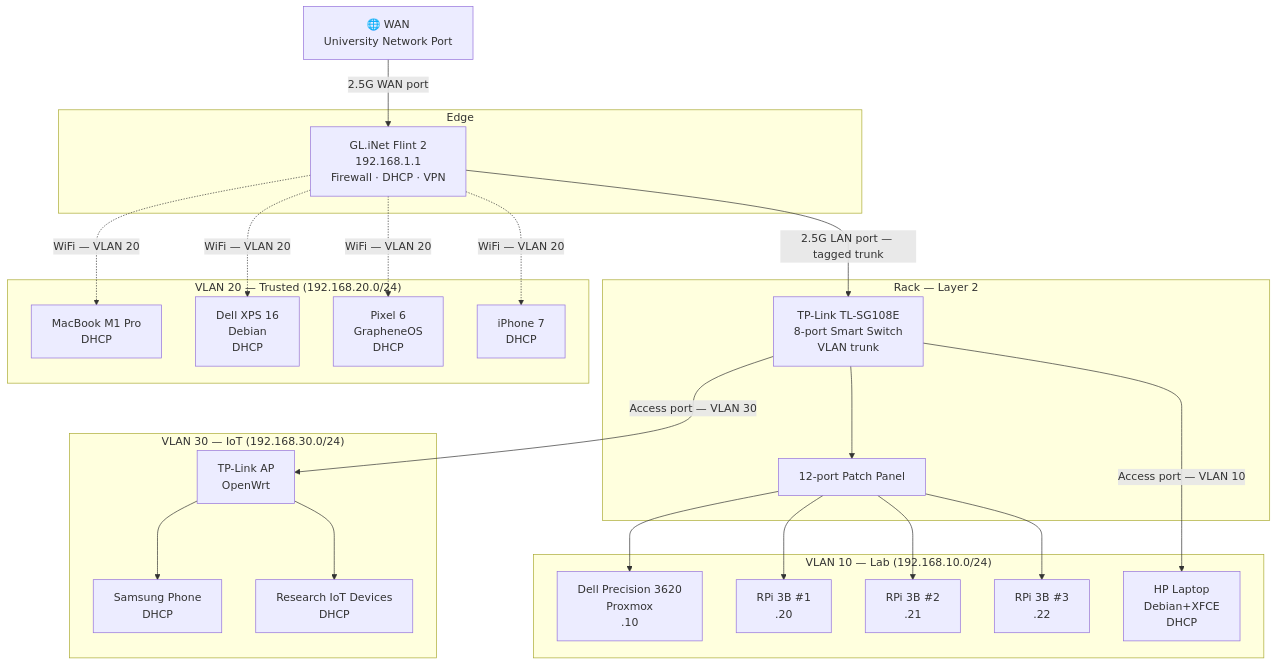
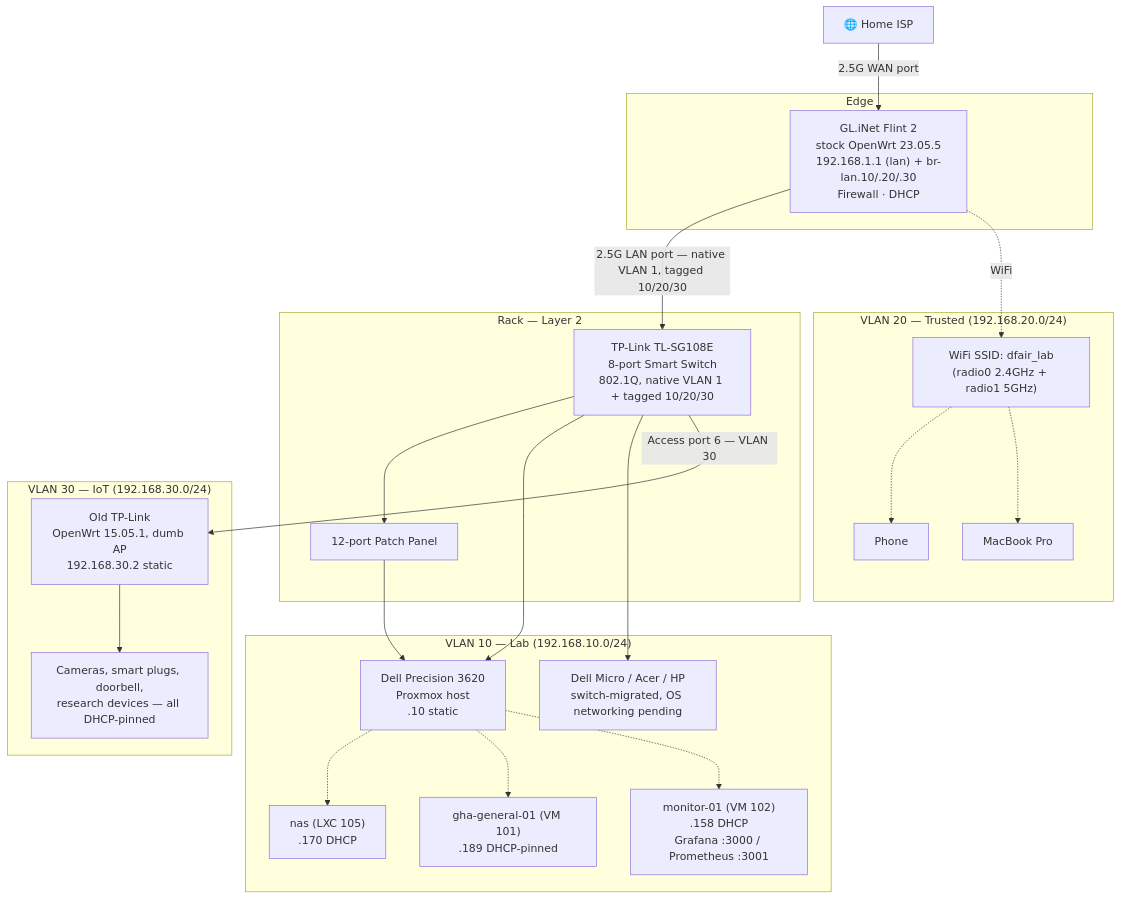
One commit to sethbarrett50/home_lab_docs changed the diagram in docs/networking/README.md. Above: the diagram before and after it, drawn with Mermaid. The commit also changed other lines of this file and 3 other files, not shown here.

Commit message:
docs: full sync to real hardware/state - topology diagrams, IP tables, WiFi, static reservations

````diff
--- a/docs/networking/README.md
+++ b/docs/networking/README.md
@@ -19,50 +19,47 @@
 ```mermaid
 graph TD
-    WAN[🌐 WAN\nUniversity Network Port]
+    WAN[🌐 Home ISP]
 
     subgraph Edge
-        Router["GL.iNet Flint 2\n192.168.1.1\nFirewall · DHCP · VPN"]
+        Router["GL.iNet Flint 2\nstock OpenWrt 23.05.5\n192.168.1.1 (lan) + br-lan.10/.20/.30\nFirewall · DHCP"]
     end
 
     subgraph "Rack — Layer 2"
-        Switch["TP-Link TL-SG108E\n8-port Smart Switch\nVLAN trunk"]
+        Switch["TP-Link TL-SG108E\n8-port Smart Switch\n802.1Q, native VLAN 1 + tagged 10/20/30"]
         Patch["12-port Patch Panel"]
     end
 
     subgraph "VLAN 10 — Lab (192.168.10.0/24)"
-        PVE["Dell Precision 3620\nProxmox\n.10"]
-        RPI1["RPi 3B #1\n.20"]
-        RPI2["RPi 3B #2\n.21"]
-        RPI3["RPi 3B #3\n.22"]
-        HPLAP["HP Laptop\nDebian+XFCE\nDHCP"]
+        PVE["Dell Precision 3620\nProxmox host\n.10 static"]
+        NAS["nas (LXC 105)\n.170 DHCP"]
+        GHA["gha-general-01 (VM 101)\n.189 DHCP-pinned"]
+        MON["monitor-01 (VM 102)\n.158 DHCP\nGrafana :3000 / Prometheus :3001"]
+        DEBIAN["Dell Micro / Acer / HP\nswitch-migrated, OS networking pending"]
     end
 
     subgraph "VLAN 20 — Trusted (192.168.20.0/24)"
-        MBP["MacBook M1 Pro\nDHCP"]
-        XPS["Dell XPS 16\nDebian\nDHCP"]
-        PX6["Pixel 6\nGrapheneOS\nDHCP"]
-        IP7["iPhone 7\nDHCP"]
+        SSID["WiFi SSID: dfair_lab\n(radio0 2.4GHz + radio1 5GHz)"]
+        PHONE["Phone"]
+        MBP["MacBook Pro"]
     end
 
     subgraph "VLAN 30 — IoT (192.168.30.0/24)"
-        IoTAP["TP-Link AP\nOpenWrt"]
-        SAM["Samsung Phone\nDHCP"]
-        IOTDEV["Research IoT Devices\nDHCP"]
+        IoTAP["Old TP-Link\nOpenWrt 15.05.1, dumb AP\n192.168.30.2 static"]
+        IOTDEV["Cameras, smart plugs, doorbell,\nresearch devices — all DHCP-pinned"]
     end
 
     WAN -->|"2.5G WAN port"| Router
-    Router -->|"2.5G LAN port — tagged trunk"| Switch
+    Router -->|"2.5G LAN port — native VLAN 1, tagged 10/20/30"| Switch
     Switch --> Patch
     Patch --> PVE
-    Patch --> RPI1
-    Patch --> RPI2
-    Patch --> RPI3
-    Switch -->|"Access port — VLAN 10"| HPLAP
-    Switch -->|"Access port — VLAN 30"| IoTAP
-    IoTAP --> SAM
+    Switch --> PVE
+    Switch --> DEBIAN
+    PVE -.-> NAS
+    PVE -.-> GHA
+    PVE -.-> MON
+    Switch -->|"Access port 6 — VLAN 30"| IoTAP
     IoTAP --> IOTDEV
-    Router -.->|"WiFi — VLAN 20"| MBP
-    Router -.->|"WiFi — VLAN 20"| XPS
-    Router -.->|"WiFi — VLAN 20"| PX6
-    Router -.->|"WiFi — VLAN 20"| IP7
+    Router -.->|"WiFi"| SSID
+    SSID -.-> PHONE
+    SSID -.-> MBP
 ```
````
